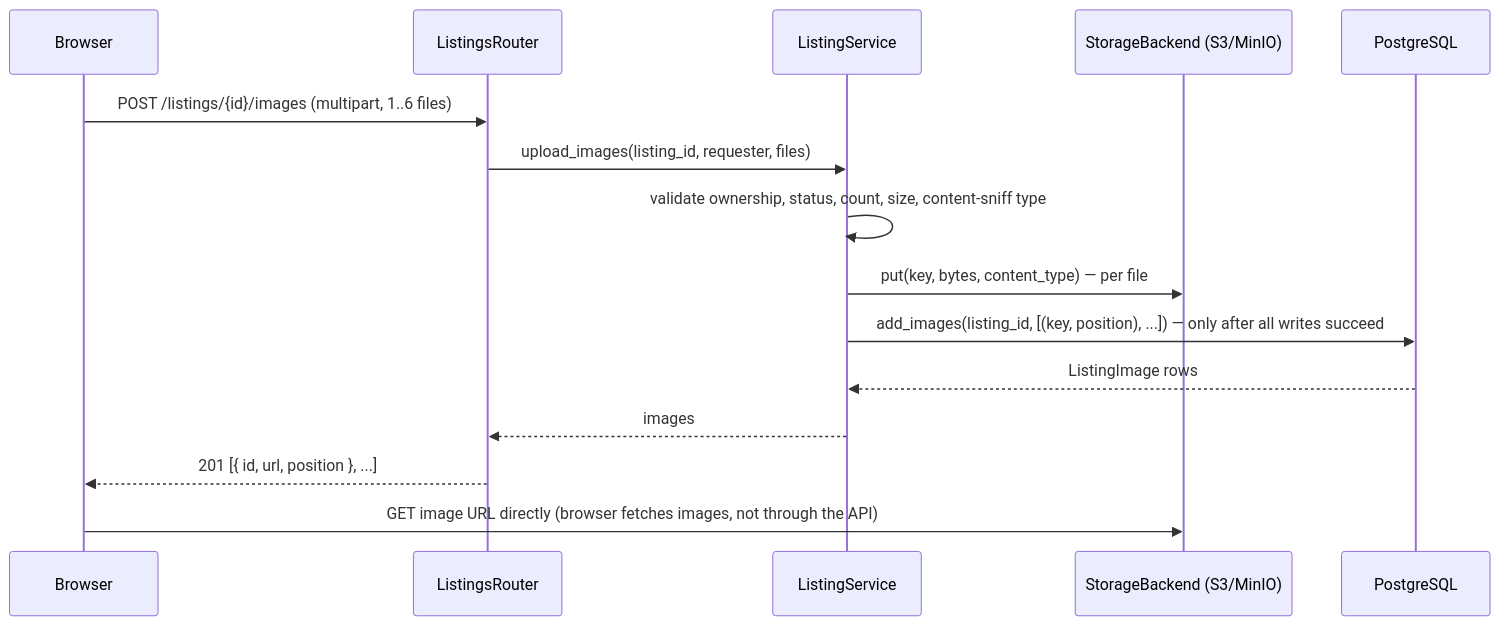
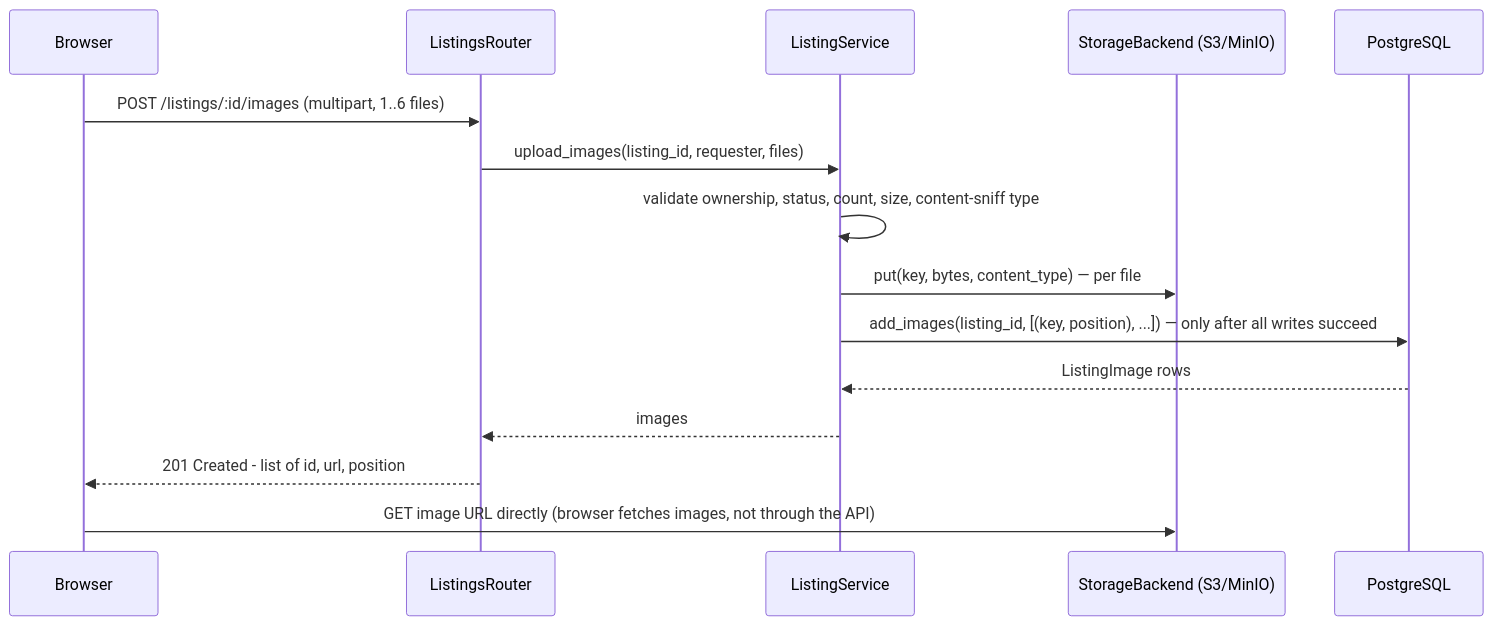
The sixth of 7 diagrams in README.md (Sneha73685/Punah-Pustak), drawn with Mermaid before and after one commit. The commit also changed other lines of this file, not shown here.

First line of the commit message:
docs: fix Mermaid diagrams in README

````diff
--- a/README.md
+++ b/README.md
@@ -199,18 +199,18 @@
 ```mermaid
 sequenceDiagram
     participant U as Browser
     participant R as ListingsRouter
     participant Svc as ListingService
     participant Store as StorageBackend (S3/MinIO)
     participant DB as PostgreSQL
 
-    U->>R: POST /listings/{id}/images (multipart, 1..6 files)
+    U->>R: POST /listings/:id/images (multipart, 1..6 files)
     R->>Svc: upload_images(listing_id, requester, files)
     Svc->>Svc: validate ownership, status, count, size, content-sniff type
     Svc->>Store: put(key, bytes, content_type) — per file
     Svc->>DB: add_images(listing_id, [(key, position), ...]) — only after all writes succeed
     DB-->>Svc: ListingImage rows
     Svc-->>R: images
-    R-->>U: 201 [{ id, url, position }, ...]
+    R-->>U: 201 Created - list of id, url, position
     U->>Store: GET image URL directly (browser fetches images, not through the API)
 ```
````
